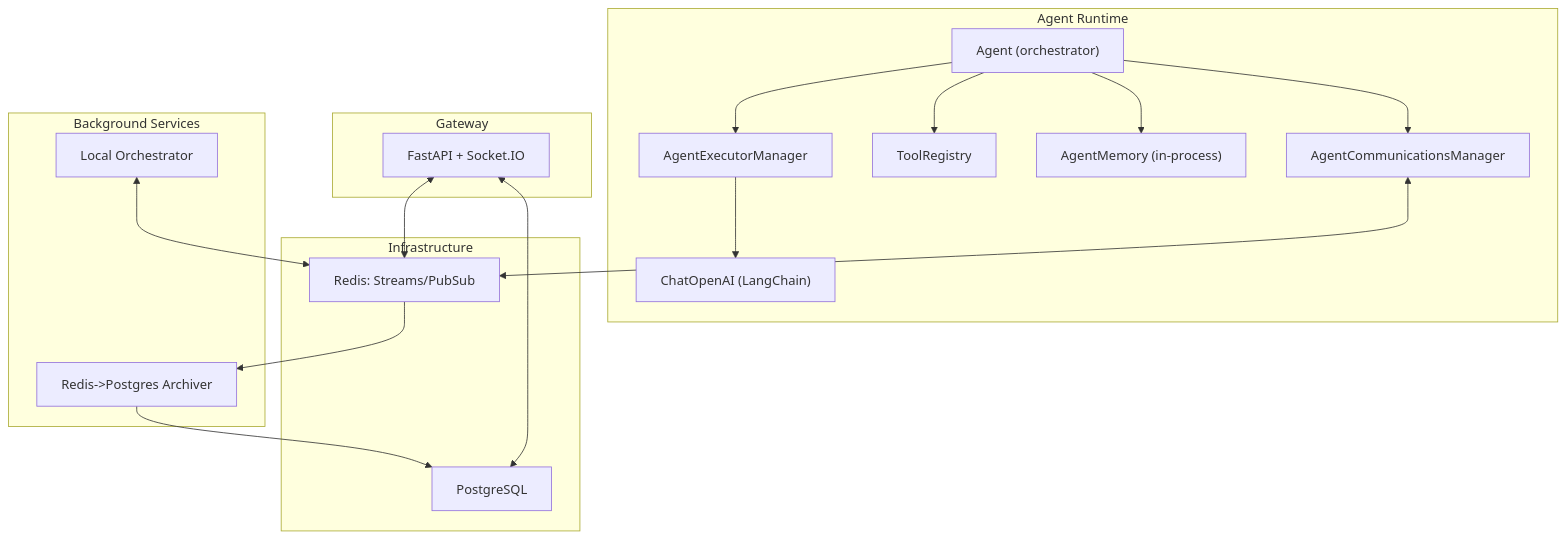
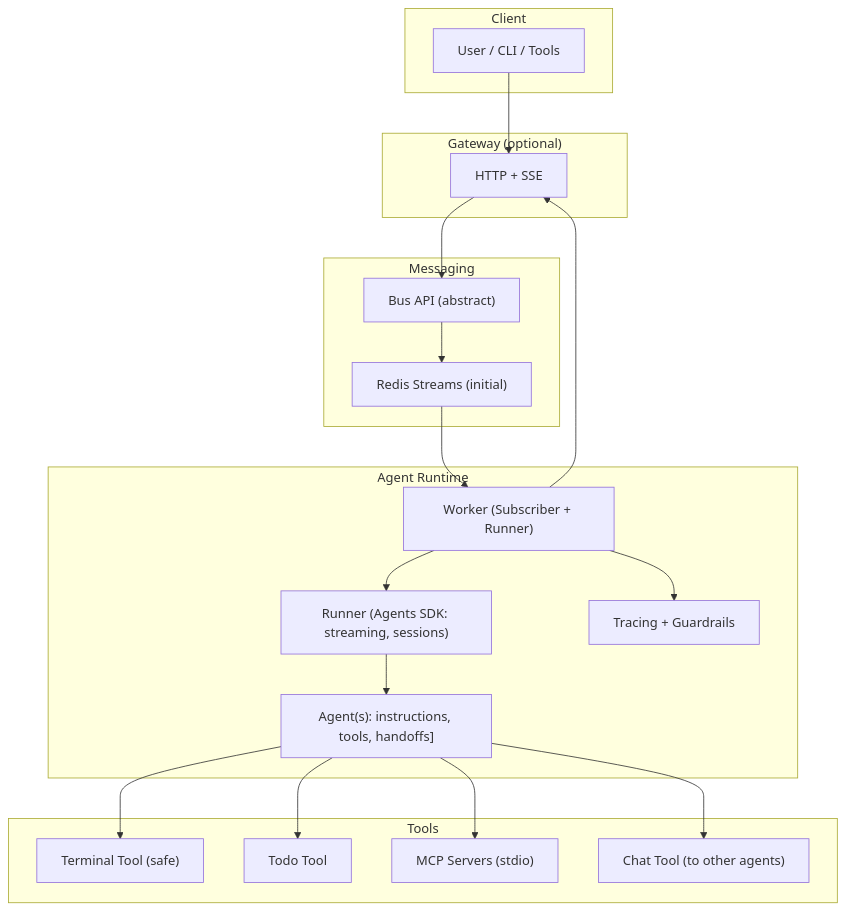
Before and after one commit to conorcraig/magent2: the diagram in README.md, drawn with Mermaid. The commit also changed other lines of this file and 5 other files, not shown here.

````diff
--- a/README.md
+++ b/README.md
@@ -15,38 +14,37 @@
 ```mermaid
 graph TD
-    subgraph "Agent Runtime"
-        Agent["Agent (orchestrator)"]
-        Exec["AgentExecutorManager"]
-        Tools["ToolRegistry"]
-        LLM["ChatOpenAI (LangChain)"]
-        Mem["AgentMemory (in-process)"]
-        Comms["AgentCommunicationsManager"]
-    end
-
-    subgraph "Infrastructure"
-        Redis["Redis: Streams/PubSub"]
-        PG["PostgreSQL"]
-    end
-
-    subgraph "Gateway"
-        FastAPI["FastAPI + Socket.IO"]
-    end
-
-    subgraph "Background Services"
-        Archiver["Redis->Postgres Archiver"]
-        Orchestrator["Local Orchestrator"]
-    end
-
-    Agent --> Exec
-    Agent --> Tools
-    Exec --> LLM
-    Agent --> Mem
-    Agent --> Comms
-    Comms <--> Redis
-
-    FastAPI <--> Redis
-    FastAPI <--> PG
-
-    Redis --> Archiver --> PG
-    Orchestrator <--> Redis
+  subgraph "Client"
+    U["User / CLI / Tools"]
+  end
+  subgraph "Gateway (optional)"
+    API["HTTP + SSE"]
+  end
+  subgraph "Messaging"
+    BUS["Bus API (abstract)"]
+    REDIS["Redis Streams (initial)"]
+  end
+  subgraph "Agent Runtime"
+    WORKER["Worker (Subscriber + Runner)"]
+    RUNNER["Runner (Agents SDK: streaming, sessions)"]
+    AGENTS["Agent(s): instructions, tools, handoffs]"]
+    TRACE["Tracing + Guardrails"]
+  end
+  subgraph "Tools"
+    TTERM["Terminal Tool (safe)"]
+    TTODO["Todo Tool"]
+    TMCP["MCP Servers (stdio)"]
+    TCHAT["Chat Tool (to other agents)"]
+  end
+  U --> API
+  API --> BUS
+  BUS --> REDIS
+  REDIS --> WORKER
+  WORKER --> RUNNER
+  RUNNER --> AGENTS
+  AGENTS --> TTERM
+  AGENTS --> TTODO
+  AGENTS --> TMCP
+  AGENTS --> TCHAT
+  WORKER --> TRACE
+  WORKER --> API
 ```
````
